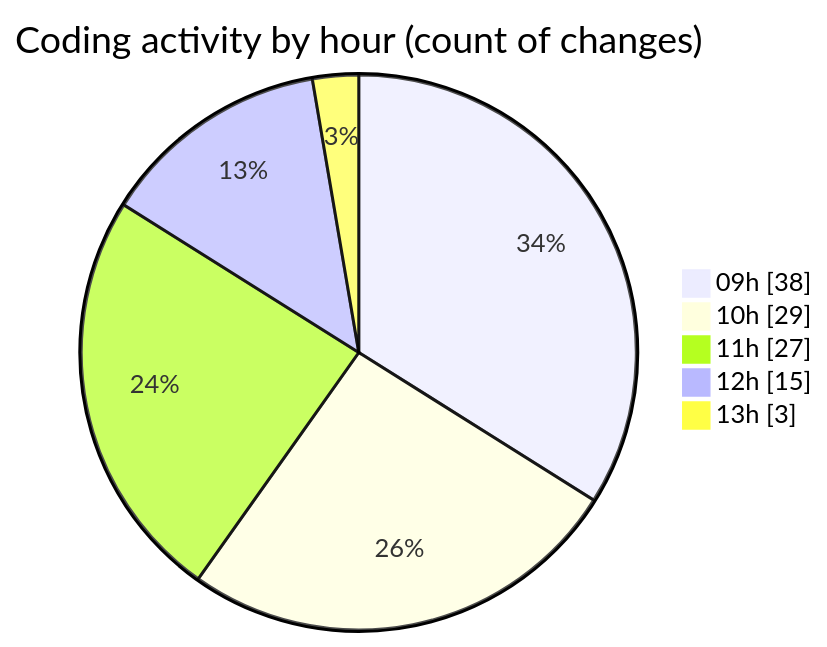
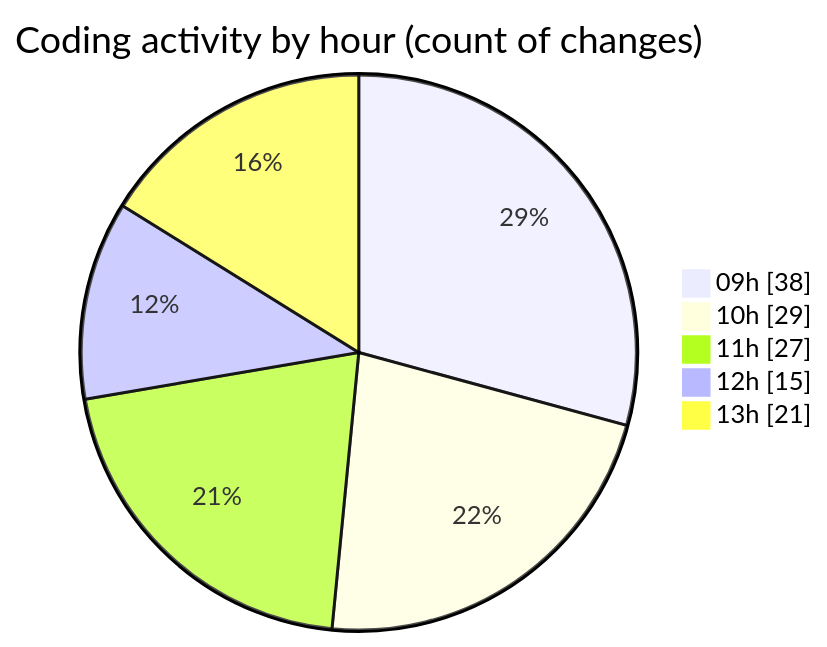
One commit to momahboobian/code-tracking changed the second of 2 diagrams in 2026-07-27/cda/README.md. Above: the diagram before and after it, drawn with Mermaid. The commit also changed other lines of this file and 1 other file, not shown here.

````diff
--- a/2026-07-27/cda/README.md
+++ b/2026-07-27/cda/README.md
@@ -46,9 +55,9 @@
 ```mermaid
 pie showData
 title Coding activity by hour (count of changes)
 "09h" : 38
 "10h" : 29
 "11h" : 27
 "12h" : 15
-"13h" : 3
+"13h" : 21
 ```
````
